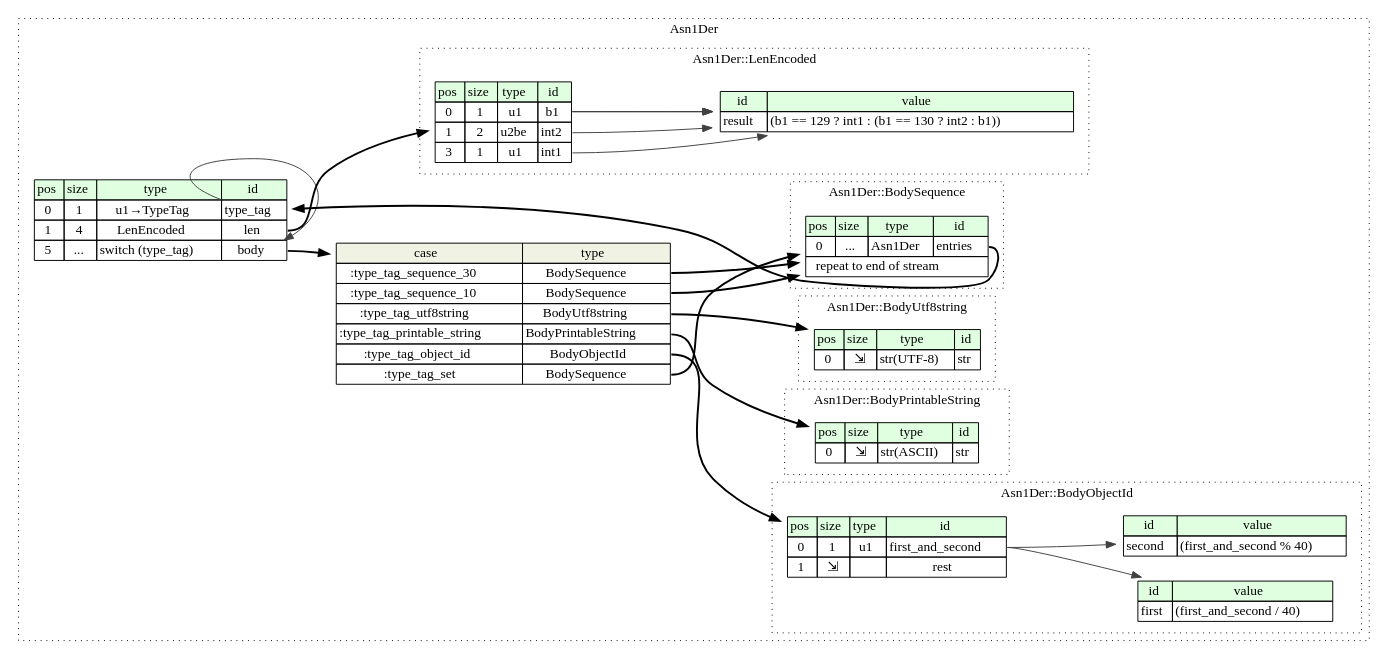
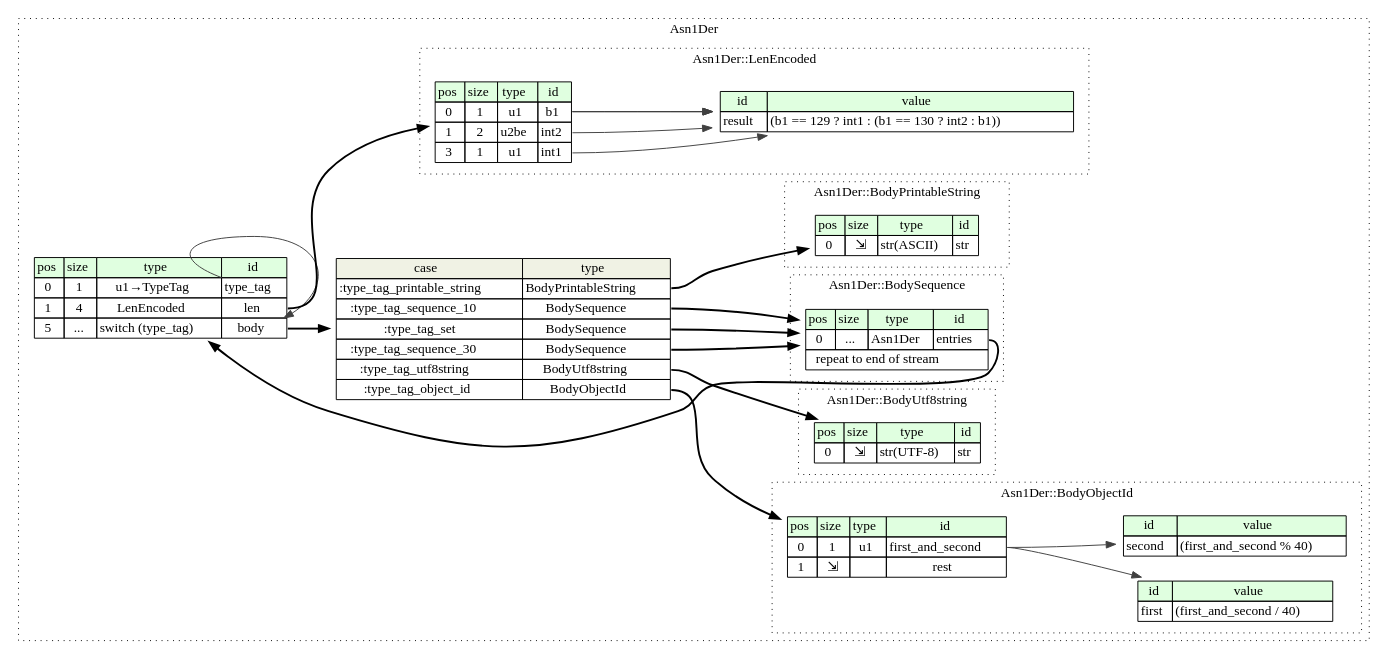
Before and after one commit to kaitai-io/formats-kaitai-io.github.io: the diagram in asn1_der/src/graphviz/asn1_der.dot, drawn with Graphviz. The commit also changed 2419 other files, not shown here.

```diff
--- a/asn1_der/src/graphviz/asn1_der.dot
+++ b/asn1_der/src/graphviz/asn1_der.dot
@@ -1,102 +1,102 @@
 digraph {
 	rankdir=LR;
 	node [shape=plaintext];
 	subgraph cluster__asn1_der {
 		label="Asn1Der";
 		graph[style=dotted];
 
 		asn1_der__seq [label=<<TABLE BORDER="0" CELLBORDER="1" CELLSPACING="0">
 			<TR><TD BGCOLOR="#E0FFE0">pos</TD><TD BGCOLOR="#E0FFE0">size</TD><TD BGCOLOR="#E0FFE0">type</TD><TD BGCOLOR="#E0FFE0">id</TD></TR>
 			<TR><TD PORT="type_tag_pos">0</TD><TD PORT="type_tag_size">1</TD><TD>u1→TypeTag</TD><TD PORT="type_tag_type">type_tag</TD></TR>
 			<TR><TD PORT="len_pos">1</TD><TD PORT="len_size">4</TD><TD>LenEncoded</TD><TD PORT="len_type">len</TD></TR>
 			<TR><TD PORT="body_pos">5</TD><TD PORT="body_size">...</TD><TD>switch (type_tag)</TD><TD PORT="body_type">body</TD></TR>
 		</TABLE>>];
 asn1_der__seq_body_switch [label=<<TABLE BORDER="0" CELLBORDER="1" CELLSPACING="0">
 	<TR><TD BGCOLOR="#F0F2E4">case</TD><TD BGCOLOR="#F0F2E4">type</TD></TR>
-	<TR><TD>:type_tag_sequence_30</TD><TD PORT="case0">BodySequence</TD></TR>
+	<TR><TD>:type_tag_printable_string</TD><TD PORT="case0">BodyPrintableString</TD></TR>
 	<TR><TD>:type_tag_sequence_10</TD><TD PORT="case1">BodySequence</TD></TR>
-	<TR><TD>:type_tag_utf8string</TD><TD PORT="case2">BodyUtf8string</TD></TR>
-	<TR><TD>:type_tag_printable_string</TD><TD PORT="case3">BodyPrintableString</TD></TR>
-	<TR><TD>:type_tag_object_id</TD><TD PORT="case4">BodyObjectId</TD></TR>
-	<TR><TD>:type_tag_set</TD><TD PORT="case5">BodySequence</TD></TR>
+	<TR><TD>:type_tag_set</TD><TD PORT="case2">BodySequence</TD></TR>
+	<TR><TD>:type_tag_sequence_30</TD><TD PORT="case3">BodySequence</TD></TR>
+	<TR><TD>:type_tag_utf8string</TD><TD PORT="case4">BodyUtf8string</TD></TR>
+	<TR><TD>:type_tag_object_id</TD><TD PORT="case5">BodyObjectId</TD></TR>
 </TABLE>>];
 		subgraph cluster__body_sequence {
 			label="Asn1Der::BodySequence";
 			graph[style=dotted];
 
 			body_sequence__seq [label=<<TABLE BORDER="0" CELLBORDER="1" CELLSPACING="0">
 				<TR><TD BGCOLOR="#E0FFE0">pos</TD><TD BGCOLOR="#E0FFE0">size</TD><TD BGCOLOR="#E0FFE0">type</TD><TD BGCOLOR="#E0FFE0">id</TD></TR>
 				<TR><TD PORT="entries_pos">0</TD><TD PORT="entries_size">...</TD><TD>Asn1Der</TD><TD PORT="entries_type">entries</TD></TR>
 				<TR><TD COLSPAN="4" PORT="entries__repeat">repeat to end of stream</TD></TR>
 			</TABLE>>];
 		}
 		subgraph cluster__body_utf8string {
 			label="Asn1Der::BodyUtf8string";
 			graph[style=dotted];
 
 			body_utf8string__seq [label=<<TABLE BORDER="0" CELLBORDER="1" CELLSPACING="0">
 				<TR><TD BGCOLOR="#E0FFE0">pos</TD><TD BGCOLOR="#E0FFE0">size</TD><TD BGCOLOR="#E0FFE0">type</TD><TD BGCOLOR="#E0FFE0">id</TD></TR>
 				<TR><TD PORT="str_pos">0</TD><TD PORT="str_size">⇲</TD><TD>str(UTF-8)</TD><TD PORT="str_type">str</TD></TR>
 			</TABLE>>];
 		}
 		subgraph cluster__body_object_id {
 			label="Asn1Der::BodyObjectId";
 			graph[style=dotted];
 
 			body_object_id__seq [label=<<TABLE BORDER="0" CELLBORDER="1" CELLSPACING="0">
 				<TR><TD BGCOLOR="#E0FFE0">pos</TD><TD BGCOLOR="#E0FFE0">size</TD><TD BGCOLOR="#E0FFE0">type</TD><TD BGCOLOR="#E0FFE0">id</TD></TR>
 				<TR><TD PORT="first_and_second_pos">0</TD><TD PORT="first_and_second_size">1</TD><TD>u1</TD><TD PORT="first_and_second_type">first_and_second</TD></TR>
 				<TR><TD PORT="rest_pos">1</TD><TD PORT="rest_size">⇲</TD><TD></TD><TD PORT="rest_type">rest</TD></TR>
 			</TABLE>>];
 			body_object_id__inst__first [label=<<TABLE BORDER="0" CELLBORDER="1" CELLSPACING="0">
 				<TR><TD BGCOLOR="#E0FFE0">id</TD><TD BGCOLOR="#E0FFE0">value</TD></TR>
 				<TR><TD>first</TD><TD>(first_and_second / 40)</TD></TR>
 			</TABLE>>];
 			body_object_id__inst__second [label=<<TABLE BORDER="0" CELLBORDER="1" CELLSPACING="0">
 				<TR><TD BGCOLOR="#E0FFE0">id</TD><TD BGCOLOR="#E0FFE0">value</TD></TR>
 				<TR><TD>second</TD><TD>(first_and_second % 40)</TD></TR>
 			</TABLE>>];
 		}
 		subgraph cluster__len_encoded {
 			label="Asn1Der::LenEncoded";
 			graph[style=dotted];
 
 			len_encoded__seq [label=<<TABLE BORDER="0" CELLBORDER="1" CELLSPACING="0">
 				<TR><TD BGCOLOR="#E0FFE0">pos</TD><TD BGCOLOR="#E0FFE0">size</TD><TD BGCOLOR="#E0FFE0">type</TD><TD BGCOLOR="#E0FFE0">id</TD></TR>
 				<TR><TD PORT="b1_pos">0</TD><TD PORT="b1_size">1</TD><TD>u1</TD><TD PORT="b1_type">b1</TD></TR>
 				<TR><TD PORT="int2_pos">1</TD><TD PORT="int2_size">2</TD><TD>u2be</TD><TD PORT="int2_type">int2</TD></TR>
 				<TR><TD PORT="int1_pos">3</TD><TD PORT="int1_size">1</TD><TD>u1</TD><TD PORT="int1_type">int1</TD></TR>
 			</TABLE>>];
 			len_encoded__inst__result [label=<<TABLE BORDER="0" CELLBORDER="1" CELLSPACING="0">
 				<TR><TD BGCOLOR="#E0FFE0">id</TD><TD BGCOLOR="#E0FFE0">value</TD></TR>
 				<TR><TD>result</TD><TD>(b1 == 129 ? int1 : (b1 == 130 ? int2 : b1))</TD></TR>
 			</TABLE>>];
 		}
 		subgraph cluster__body_printable_string {
 			label="Asn1Der::BodyPrintableString";
 			graph[style=dotted];
 
 			body_printable_string__seq [label=<<TABLE BORDER="0" CELLBORDER="1" CELLSPACING="0">
 				<TR><TD BGCOLOR="#E0FFE0">pos</TD><TD BGCOLOR="#E0FFE0">size</TD><TD BGCOLOR="#E0FFE0">type</TD><TD BGCOLOR="#E0FFE0">id</TD></TR>
 				<TR><TD PORT="str_pos">0</TD><TD PORT="str_size">⇲</TD><TD>str(ASCII)</TD><TD PORT="str_type">str</TD></TR>
 			</TABLE>>];
 		}
 	}
 	asn1_der__seq:len_type -> len_encoded__seq [style=bold];
 	asn1_der__seq:body_type -> asn1_der__seq_body_switch [style=bold];
-	asn1_der__seq_body_switch:case0 -> body_sequence__seq [style=bold];
+	asn1_der__seq_body_switch:case0 -> body_printable_string__seq [style=bold];
 	asn1_der__seq_body_switch:case1 -> body_sequence__seq [style=bold];
-	asn1_der__seq_body_switch:case2 -> body_utf8string__seq [style=bold];
-	asn1_der__seq_body_switch:case3 -> body_printable_string__seq [style=bold];
-	asn1_der__seq_body_switch:case4 -> body_object_id__seq [style=bold];
-	asn1_der__seq_body_switch:case5 -> body_sequence__seq [style=bold];
+	asn1_der__seq_body_switch:case2 -> body_sequence__seq [style=bold];
+	asn1_der__seq_body_switch:case3 -> body_sequence__seq [style=bold];
+	asn1_der__seq_body_switch:case4 -> body_utf8string__seq [style=bold];
+	asn1_der__seq_body_switch:case5 -> body_object_id__seq [style=bold];
 	asn1_der__seq:type_tag_type -> asn1_der__seq:body_type [color="#404040"];
 	body_sequence__seq:entries_type -> asn1_der__seq [style=bold];
 	body_object_id__seq:first_and_second_type -> body_object_id__inst__first [color="#404040"];
 	body_object_id__seq:first_and_second_type -> body_object_id__inst__second [color="#404040"];
 	len_encoded__seq:b1_type -> len_encoded__inst__result [color="#404040"];
 	len_encoded__seq:int1_type -> len_encoded__inst__result [color="#404040"];
 	len_encoded__seq:b1_type -> len_encoded__inst__result [color="#404040"];
 	len_encoded__seq:int2_type -> len_encoded__inst__result [color="#404040"];
 	len_encoded__seq:b1_type -> len_encoded__inst__result [color="#404040"];
 }
```
